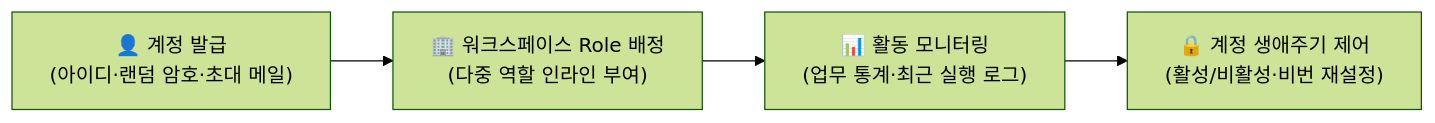
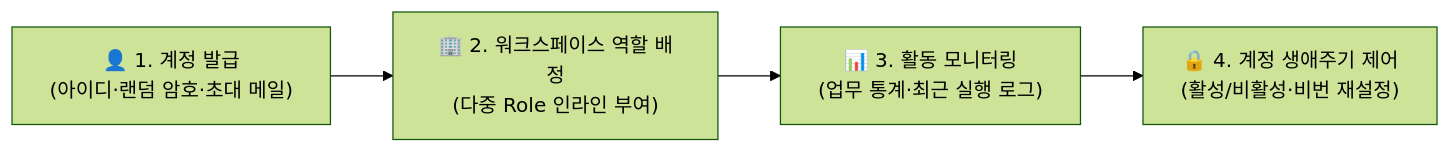
The diagram in app/vue/docs/work-setting/user.md (nc2U/ibs), drawn with Mermaid (forest theme) before and after one commit. The commit also changed other lines of this file and 7 other files, not shown here.

````diff
--- a/app/vue/docs/work-setting/user.md
+++ b/app/vue/docs/work-setting/user.md
@@ -10,6 +16,6 @@
 ```mermaid
 flowchart LR
-    A["👤 계정 발급<br>(아이디·랜덤 암호·초대 메일)"] --> B["🏢 워크스페이스 Role 배정<br>(다중 역할 인라인 부여)"]
-    B --> C["📊 활동 모니터링<br>(업무 통계·최근 실행 로그)"]
-    C --> D["🔒 계정 생애주기 제어<br>(활성/비활성·비번 재설정)"]
+    A["👤 1. 계정 발급<br>(아이디·랜덤 암호·초대 메일)"] --> B["🏢 2. 워크스페이스 역할 배정<br>(다중 Role 인라인 부여)"]
+    B --> C["📊 3. 활동 모니터링<br>(업무 통계·최근 실행 로그)"]
+    C --> D["🔒 4. 계정 생애주기 제어<br>(활성/비활성·비번 재설정)"]
 ```
````
